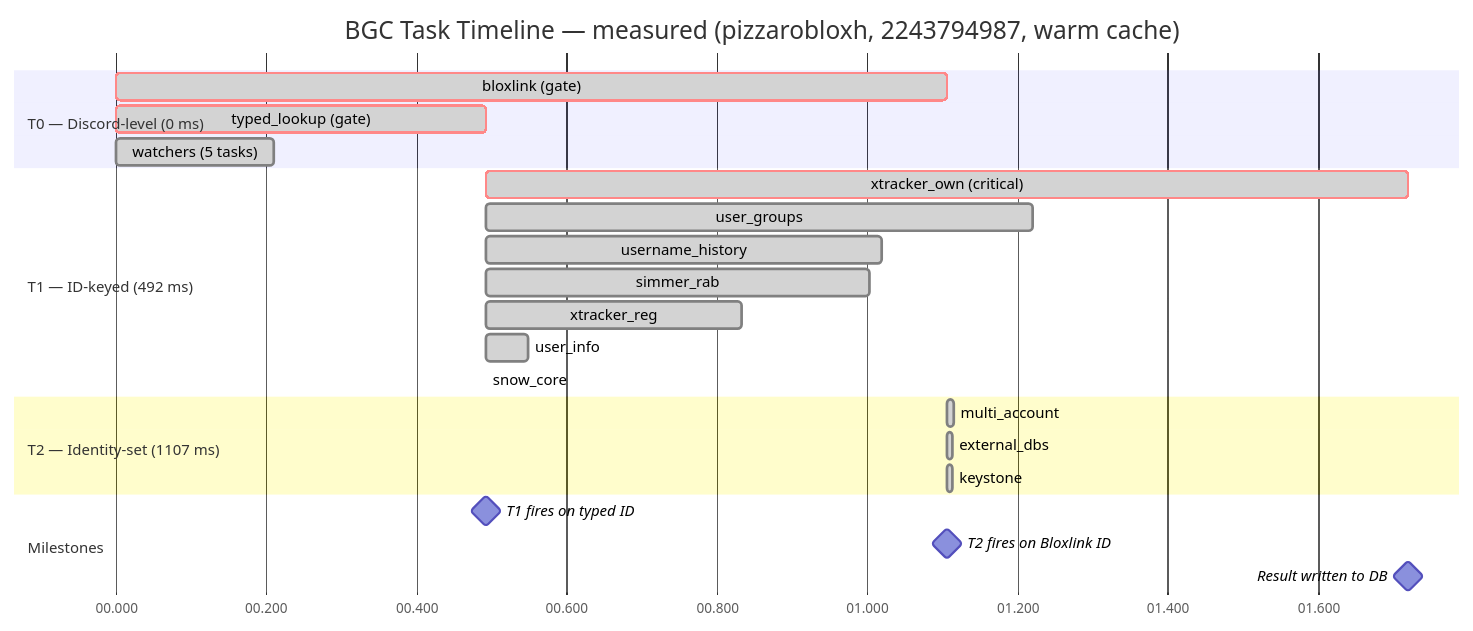
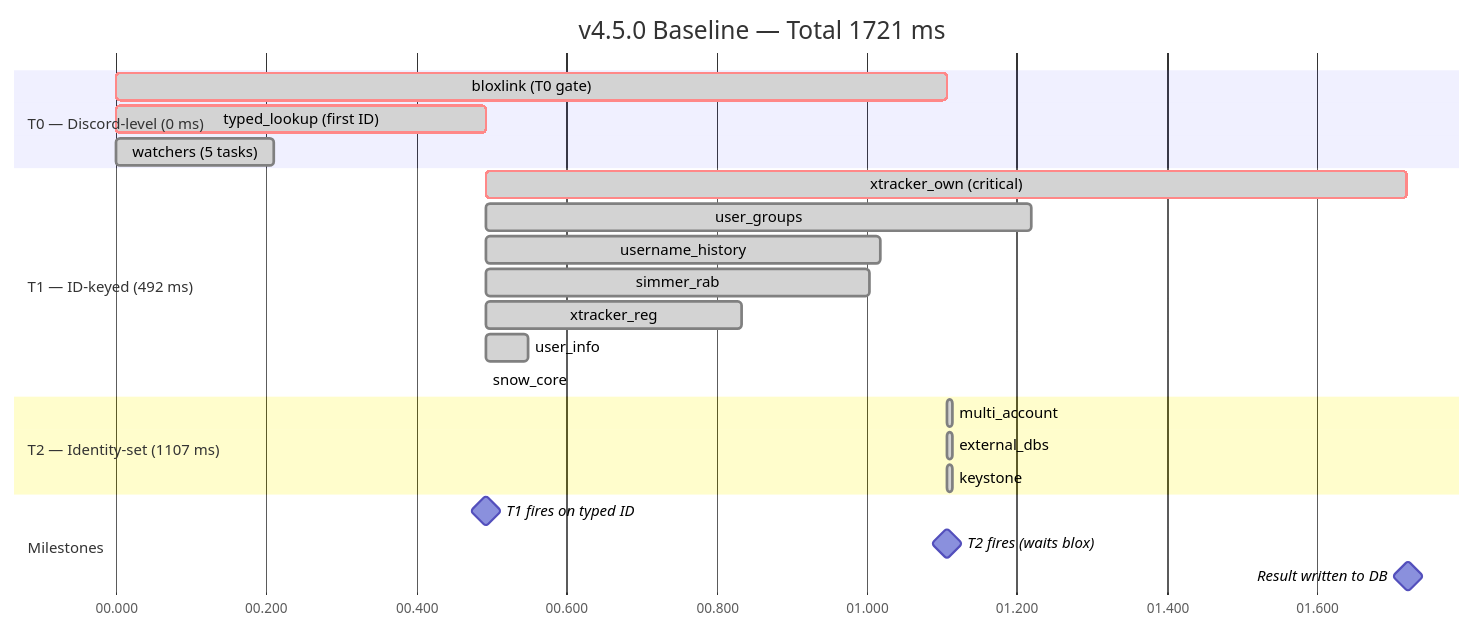
Before and after one commit to pizzarobloxh/bgc-bot: the fifth of 12 diagrams in README.md, drawn with Mermaid. The commit also changed other lines of this file, not shown here.

````diff
--- a/README.md
+++ b/README.md
@@ -234,31 +341,31 @@
 ```mermaid
 gantt
-    title BGC Task Timeline — measured (pizzarobloxh, 2243794987, warm cache)
+    title v4.5.0 Baseline — Total 1721 ms
     dateFormat x
     axisFormat %S.%L
     todayMarker off
 
     section T0 — Discord-level (0 ms)
-    bloxlink (gate)         :crit, done,  t_bl,  0,   1107ms
-    typed_lookup (gate)     :crit, done,  t_tl,  0,    492ms
+    bloxlink (T0 gate)      :crit, done,  t_bl,  0,   1107ms
+    typed_lookup (first ID) :crit, done,  t_tl,  0,    492ms
     watchers (5 tasks)      :done,        t_w,   0,    210ms
 
     section T1 — ID-keyed (492 ms)
     xtracker_own (critical) :crit, done,  t_xo,  492, 1228ms
     user_groups             :done,        t_ug,  492,  728ms
     username_history        :done,        t_uh,  492,  527ms
     simmer_rab              :done,        t_sr,  492,  511ms
     xtracker_reg            :done,        t_xr,  492,  341ms
     user_info               :done,        t_ui,  492,   57ms
     snow_core               :done,        t_sc,  492,    1ms
 
     section T2 — Identity-set (1107 ms)
     multi_account           :done,        t_ma, 1107,    8ms
     external_dbs            :done,        t_ed, 1107,    7ms
     keystone                :done,        t_ks, 1107,    7ms
 
     section Milestones
     T1 fires on typed ID    :milestone,   m1,   492,    0ms
-    T2 fires on Bloxlink ID :milestone,   m2,  1107,    0ms
-    Result written to DB    :milestone,   m3,  1720,    0ms
+    T2 fires (waits blox)   :milestone,   m2,  1107,    0ms
+    Result written to DB    :milestone,   m3,  1721,    0ms
 ```
````
